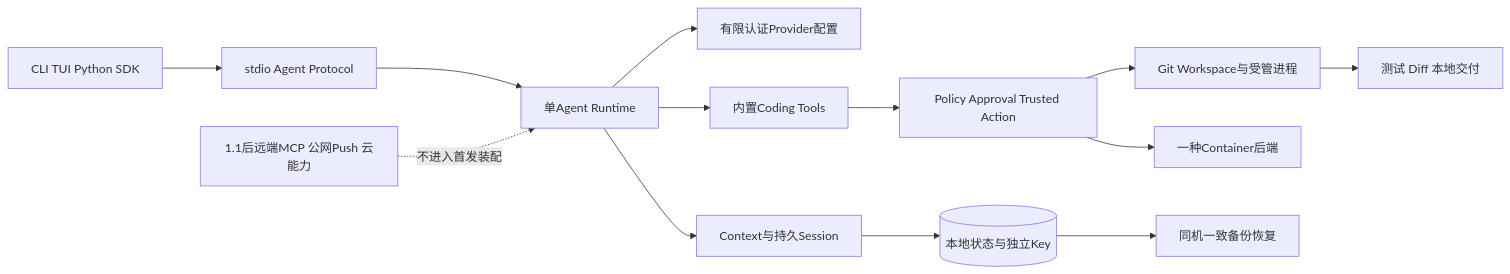
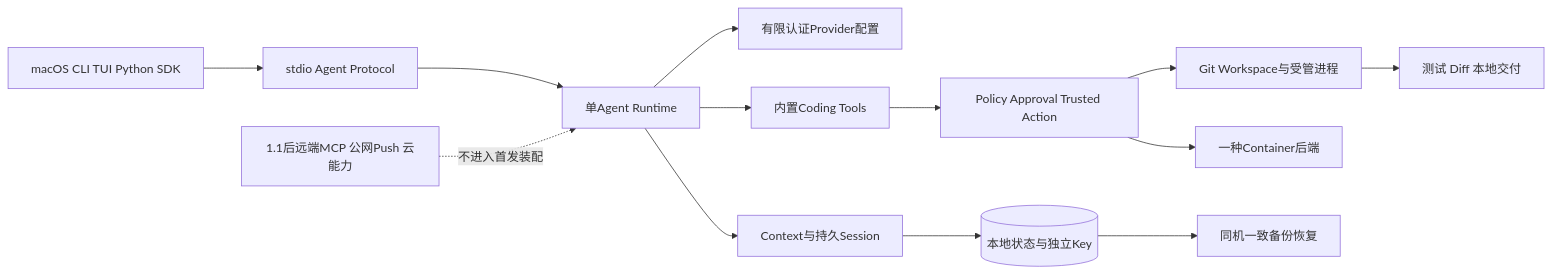
The first of 3 diagrams in docs/changes/m09-to-v1-release-scope-convergence.md (carrie1988/Harnessix), drawn with Mermaid before and after one commit. The commit also changed other lines of this file and 16 other files, not shown here.

````diff
--- a/docs/changes/m09-to-v1-release-scope-convergence.md
+++ b/docs/changes/m09-to-v1-release-scope-convergence.md
@@ -78,15 +87,15 @@
 ```mermaid
 flowchart LR
-    UI[CLI TUI Python SDK] --> Protocol[stdio Agent Protocol]
+    UI[macOS CLI TUI Python SDK] --> Protocol[stdio Agent Protocol]
     Protocol --> Runtime[单Agent Runtime]
     Runtime --> Provider[有限认证Provider配置]
     Runtime --> Context[Context与持久Session]
     Runtime --> Tools[内置Coding Tools]
     Tools --> Govern[Policy Approval Trusted Action]
     Govern --> Local[Git Workspace与受管进程]
     Govern --> Sandbox[一种Container后端]
     Local --> Review[测试 Diff 本地交付]
     Context --> State[(本地状态与独立Key)]
     State --> Backup[同机一致备份恢复]
     Future[1.1后远端MCP 公网Push 云能力] -. 不进入首发装配 .-> Runtime
 ```
````
